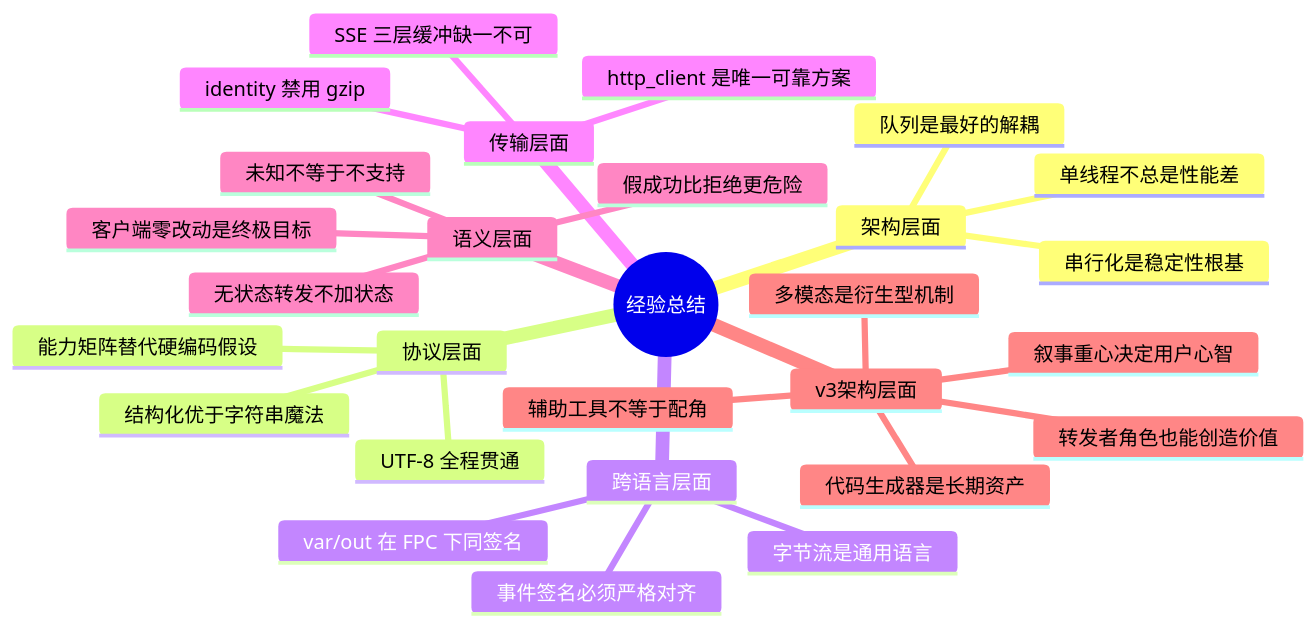
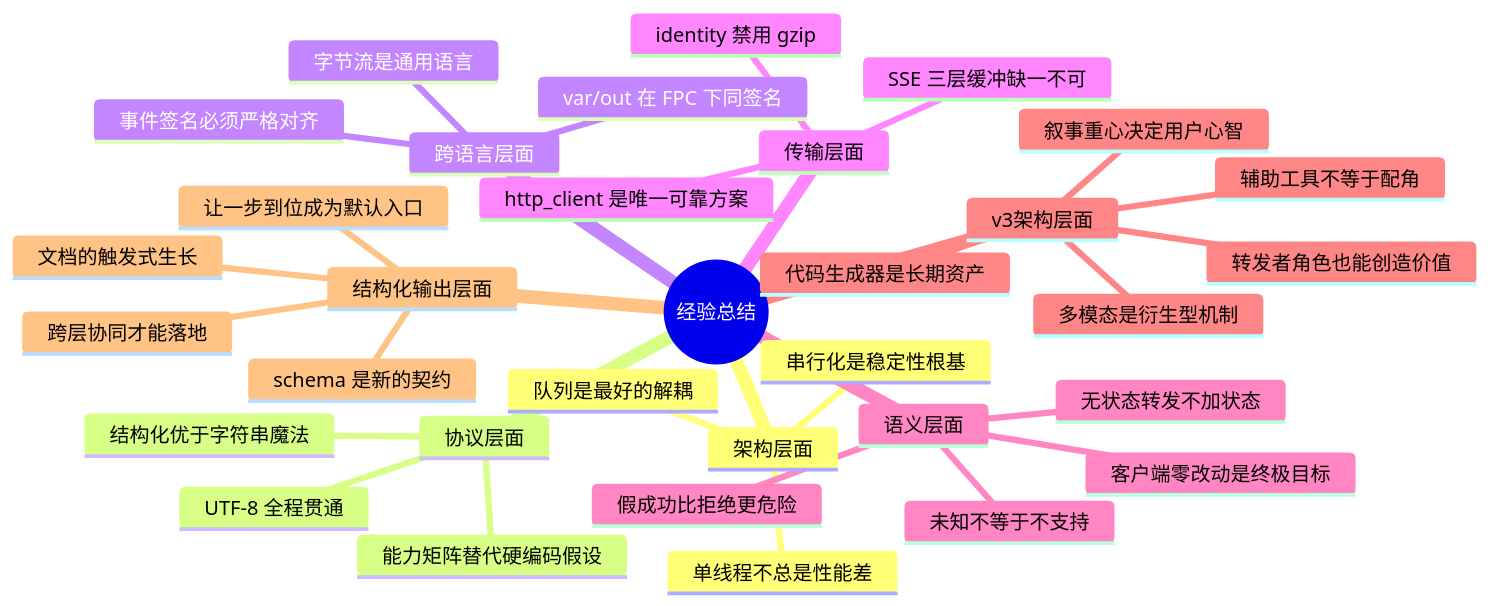
Before and after one commit to PassByYou888/LingoFuse-pasAgent-v3: diagram 12 of 14 in src/LingoFuse_LLM_Service_Work_Summary.md, drawn with Mermaid. The commit also changed other lines of this file, not shown here.

````diff
--- a/src/LingoFuse_LLM_Service_Work_Summary.md
+++ b/src/LingoFuse_LLM_Service_Work_Summary.md
@@ -872,31 +1219,36 @@
 ```mermaid
 mindmap
   root(("经验总结"))
     架构层面
       单线程不总是性能差
       串行化是稳定性根基
       队列是最好的解耦
     协议层面
       结构化优于字符串魔法
       UTF-8 全程贯通
       能力矩阵替代硬编码假设
     跨语言层面
       字节流是通用语言
       事件签名必须严格对齐
       var/out 在 FPC 下同签名
     传输层面
       SSE 三层缓冲缺一不可
       http_client 是唯一可靠方案
       identity 禁用 gzip
     语义层面
       无状态转发不加状态
       假成功比拒绝更危险
       客户端零改动是终极目标
       未知不等于不支持
     v3架构层面
       多模态是衍生型机制
       叙事重心决定用户心智
       辅助工具不等于配角
       代码生成器是长期资产
       转发者角色也能创造价值
+    结构化输出层面
+      schema 是新的契约
+      让一步到位成为默认入口
+      跨层协同才能落地
+      文档的触发式生长
 ```
````
